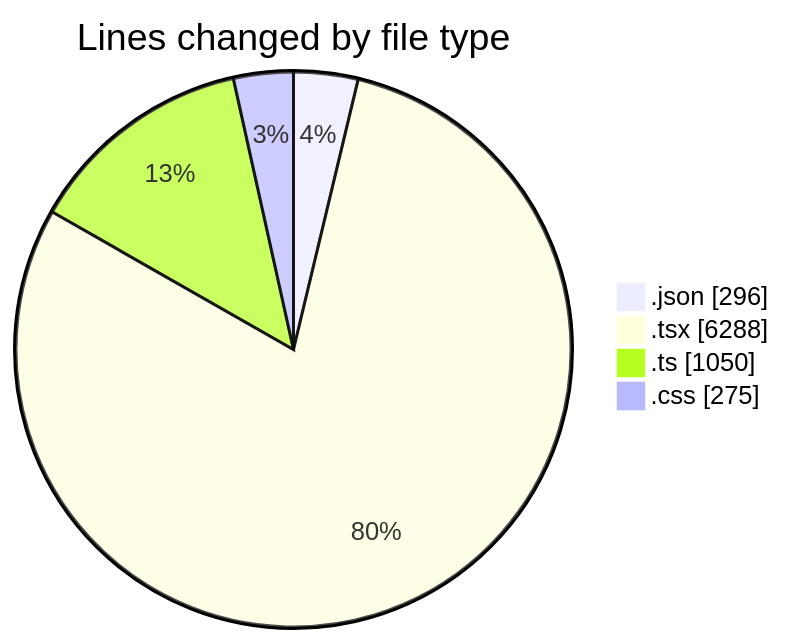
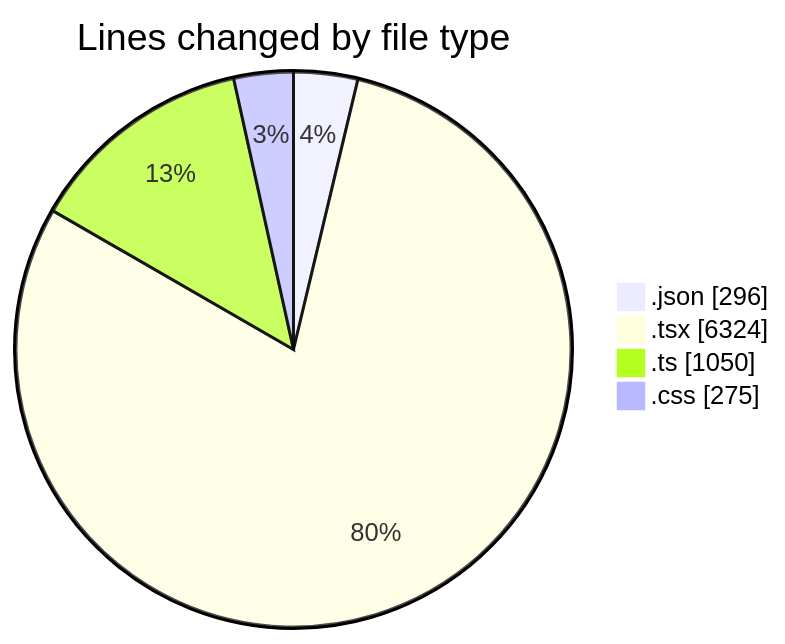
Before and after one commit to julien-gomy/code-tracking: the first of 2 diagrams in 2025-10-07/eventscop-frontend-guide__workspace_/README.md, drawn with Mermaid. The commit also changed other lines of this file and 1 other file, not shown here.

````diff
--- a/2025-10-07/eventscop-frontend-guide__workspace_/README.md
+++ b/2025-10-07/eventscop-frontend-guide__workspace_/README.md
@@ -62,8 +63,8 @@
 ```mermaid
 pie showData
 title Lines changed by file type
 ".json" : 296
-".tsx" : 6288
+".tsx" : 6324
 ".ts" : 1050
 ".css" : 275
 ```
````
